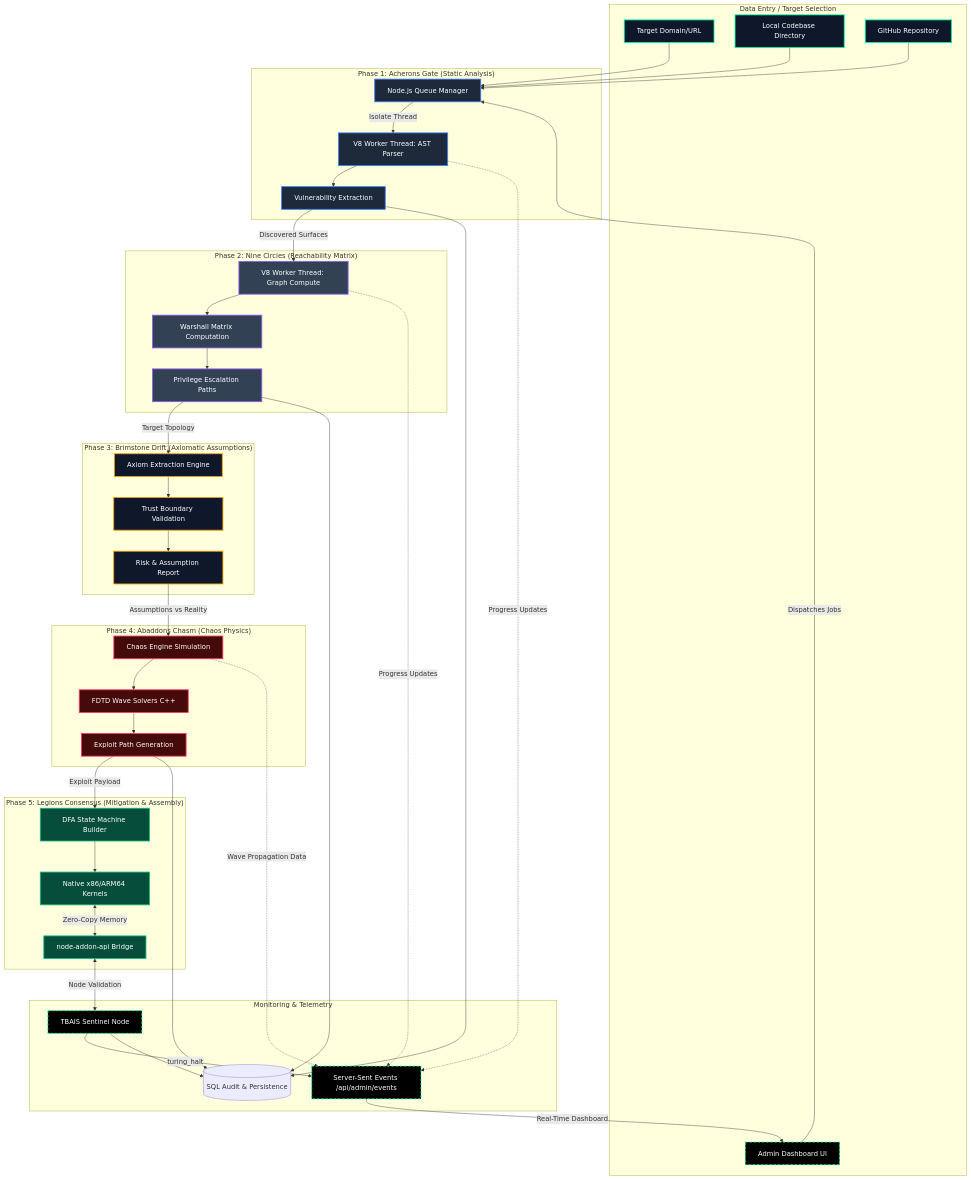
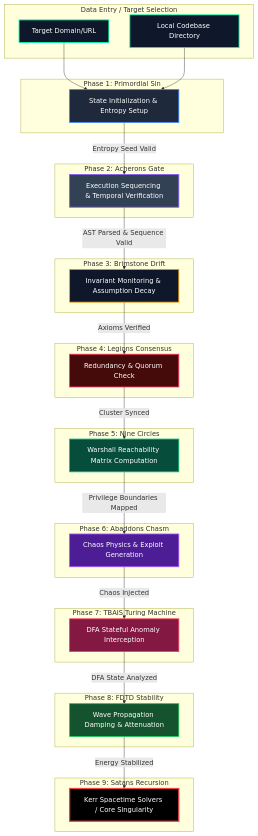
One commit to Zeo120/ZTL-Tech changed the diagram in docs/architecture/ARCHITECTURE.md. Above: the diagram before and after it, drawn with Mermaid. The commit also changed other lines of this file, not shown here.

Commit message:
docs: Formalize all 9 phases of PHASR in chronological execution order

````diff
--- a/docs/architecture/ARCHITECTURE.md
+++ b/docs/architecture/ARCHITECTURE.md
@@ -17,98 +17,72 @@
     classDef p3 fill:#0f172a,stroke:#f59e0b,stroke-width:2px,color:#fff
     classDef p4 fill:#450a0a,stroke:#ff3366,stroke-width:2px,color:#fff
     classDef p5 fill:#064e3b,stroke:#10b981,stroke-width:2px,color:#fff
+    classDef p6 fill:#4c1d95,stroke:#a855f7,stroke-width:2px,color:#fff
+    classDef p7 fill:#831843,stroke:#f43f5e,stroke-width:2px,color:#fff
+    classDef p8 fill:#14532d,stroke:#22c55e,stroke-width:2px,color:#fff
+    classDef p9 fill:#000000,stroke:#ef4444,stroke-width:3px,color:#fff
     classDef monitor fill:#000000,stroke:#00ffaa,stroke-width:2px,color:#fff,stroke-dasharray: 5 5
 
     %% Data Entry / Target
     subgraph Input ["Data Entry / Target Selection"]
         T1[Target Domain/URL]:::target
         T2[Local Codebase Directory]:::target
-        T3[GitHub Repository]:::target
-        UI[Admin Dashboard UI]:::monitor
     end
 
     %% Phase 1
-    subgraph Phase1 ["Phase 1: Acherons Gate (Static Analysis)"]
-        W1[V8 Worker Thread: AST Parser]:::p1
-        V[Vulnerability Extraction]:::p1
-        S1[Node.js Queue Manager]:::p1
+    subgraph Phase1 ["Phase 1: Primordial Sin"]
+        PS[State Initialization & Entropy Setup]:::p1
     end
 
     %% Phase 2
-    subgraph Phase2 ["Phase 2: Nine Circles (Reachability Matrix)"]
-        W2[V8 Worker Thread: Graph Compute]:::p2
-        WM[Warshall Matrix Computation]:::p2
-        PE[Privilege Escalation Paths]:::p2
+    subgraph Phase2 ["Phase 2: Acherons Gate"]
+        AG[Execution Sequencing & Temporal Verification]:::p2
     end
 
     %% Phase 3
-    subgraph Phase3 ["Phase 3: Brimstone Drift (Axiomatic Assumptions)"]
-        AX[Axiom Extraction Engine]:::p3
-        TV[Trust Boundary Validation]:::p3
-        RR[Risk & Assumption Report]:::p3
+    subgraph Phase3 ["Phase 3: Brimstone Drift"]
+        BD[Invariant Monitoring & Assumption Decay]:::p3
     end
 
     %% Phase 4
-    subgraph Phase4 ["Phase 4: Abaddons Chasm (Chaos Physics)"]
-        FDTD[FDTD Wave Solvers C++]:::p4
-        CH[Chaos Engine Simulation]:::p4
-        EXP[Exploit Path Generation]:::p4
+    subgraph Phase4 ["Phase 4: Legions Consensus"]
+        LC[Redundancy & Quorum Check]:::p4
     end
 
     %% Phase 5
-    subgraph Phase5 ["Phase 5: Legions Consensus (Mitigation & Assembly)"]
-        FSM[DFA State Machine Builder]:::p5
-        ASM[Native x86/ARM64 Kernels]:::p5
-        NAPI[node-addon-api Bridge]:::p5
+    subgraph Phase5 ["Phase 5: Nine Circles"]
+        NC[Warshall Reachability Matrix Computation]:::p5
     end
 
-    %% Telemetry & Monitoring
-    subgraph Telemetry ["Monitoring & Telemetry"]
-        SSE[Server-Sent Events /api/admin/events]:::monitor
-        DB[(SQL Audit & Persistence)]
-        TBAIS[TBAIS Sentinel Node]:::monitor
+    %% Phase 6
+    subgraph Phase6 ["Phase 6: Abaddons Chasm"]
+        AC[Chaos Physics & Exploit Generation]:::p6
     end
 
-    %% Connections: Input to Routing
-    UI -->|Dispatches Jobs| S1
-    T1 --> S1
-    T2 --> S1
-    T3 --> S1
+    %% Phase 7
+    subgraph Phase7 ["Phase 7: TBAIS Turing Machine"]
+        TM[DFA Stateful Anomaly Interception]:::p7
+    end
 
-    %% Phase 1 Flow
-    S1 -->|Isolate Thread| W1
-    W1 --> V
-    V -->|Discovered Surfaces| W2
+    %% Phase 8
+    subgraph Phase8 ["Phase 8: FDTD Stability"]
+        FD[Wave Propagation Damping & Attenuation]:::p8
+    end
 
-    %% Phase 2 Flow
-    W2 --> WM
-    WM --> PE
-    PE -->|Target Topology| AX
+    %% Phase 9
+    subgraph Phase9 ["Phase 9: Satans Recursion"]
+        SR[Kerr Spacetime Solvers / Core Singularity]:::p9
+    end
 
-    %% Phase 3 Flow
-    AX --> TV
-    TV --> RR
-    RR -->|Assumptions vs Reality| CH
-
-    %% Phase 4 Flow
-    CH --> FDTD
-    FDTD --> EXP
-    EXP -->|Exploit Payload| FSM
-
-    %% Phase 5 Flow
-    FSM --> ASM
-    ASM <-->|Zero-Copy Memory| NAPI
-    NAPI <-->|Node Validation| TBAIS
-
-    %% Telemetry & Monitoring Flow
-    TBAIS -->|turing_halt| SSE
-    W1 -.->|Progress Updates| SSE
-    W2 -.->|Progress Updates| SSE
-    CH -.->|Wave Propagation Data| SSE
-    SSE -->|Real-Time Dashboard| UI
-    
-    TBAIS --> DB
-    V --> DB
-    PE --> DB
-    EXP --> DB
+    %% Flow Execution
+    T1 --> PS
+    T2 --> PS
+    PS -->|Entropy Seed Valid| AG
+    AG -->|AST Parsed & Sequence Valid| BD
+    BD -->|Axioms Verified| LC
+    LC -->|Cluster Synced| NC
+    NC -->|Privilege Boundaries Mapped| AC
+    AC -->|Chaos Injected| TM
+    TM -->|DFA State Analyzed| FD
+    FD -->|Energy Stabilized| SR
 ```
````
